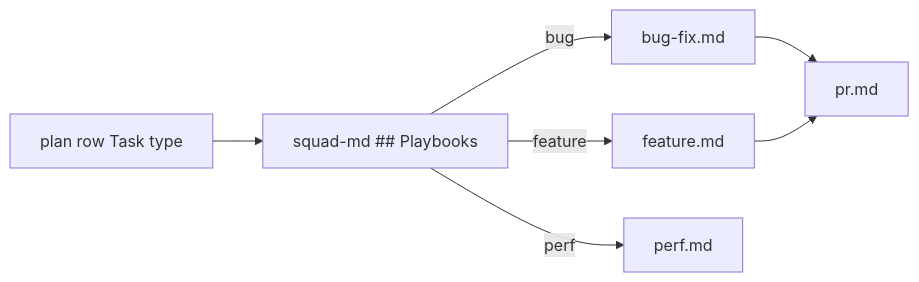
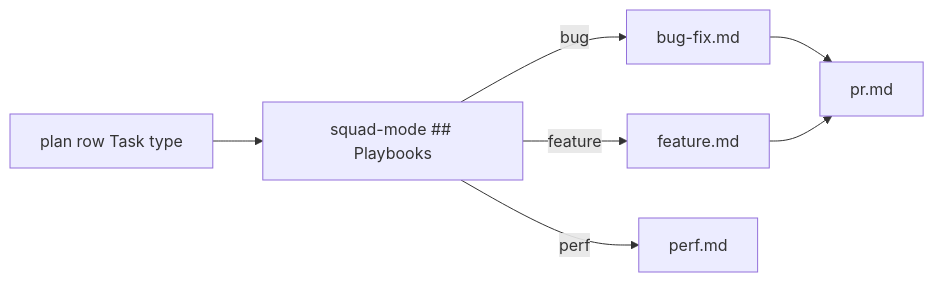
The diagram in docs/pbi/squad/ps09-squad-playbooks.md (svennijhuis/agentPacks), drawn with Mermaid before and after one commit. The commit also changed other lines of this file and 27 other files, not shown here.

Commit message:
docs(pbi/squad): hubs renamed to poteto style -mode (squad-mode, pack-author-mode, pack-check-mode, statechart-mode, scenarios-mode, security-audit-mode); old -md dirs move with pointer until GA07; today paths keep main names

````diff
--- a/docs/pbi/squad/ps09-squad-playbooks.md
+++ b/docs/pbi/squad/ps09-squad-playbooks.md
@@ -129,9 +129,9 @@
 ```mermaid
 flowchart LR
-  P["plan row Task type"] --> H["squad-md ## Playbooks"]
+  P["plan row Task type"] --> H["squad-mode ## Playbooks"]
   H -->|bug| B["bug-fix.md"]
   H -->|feature| F["feature.md"]
   H -->|perf| PF["perf.md"]
   B --> PR["pr.md"]
   F --> PR
 ```
````
